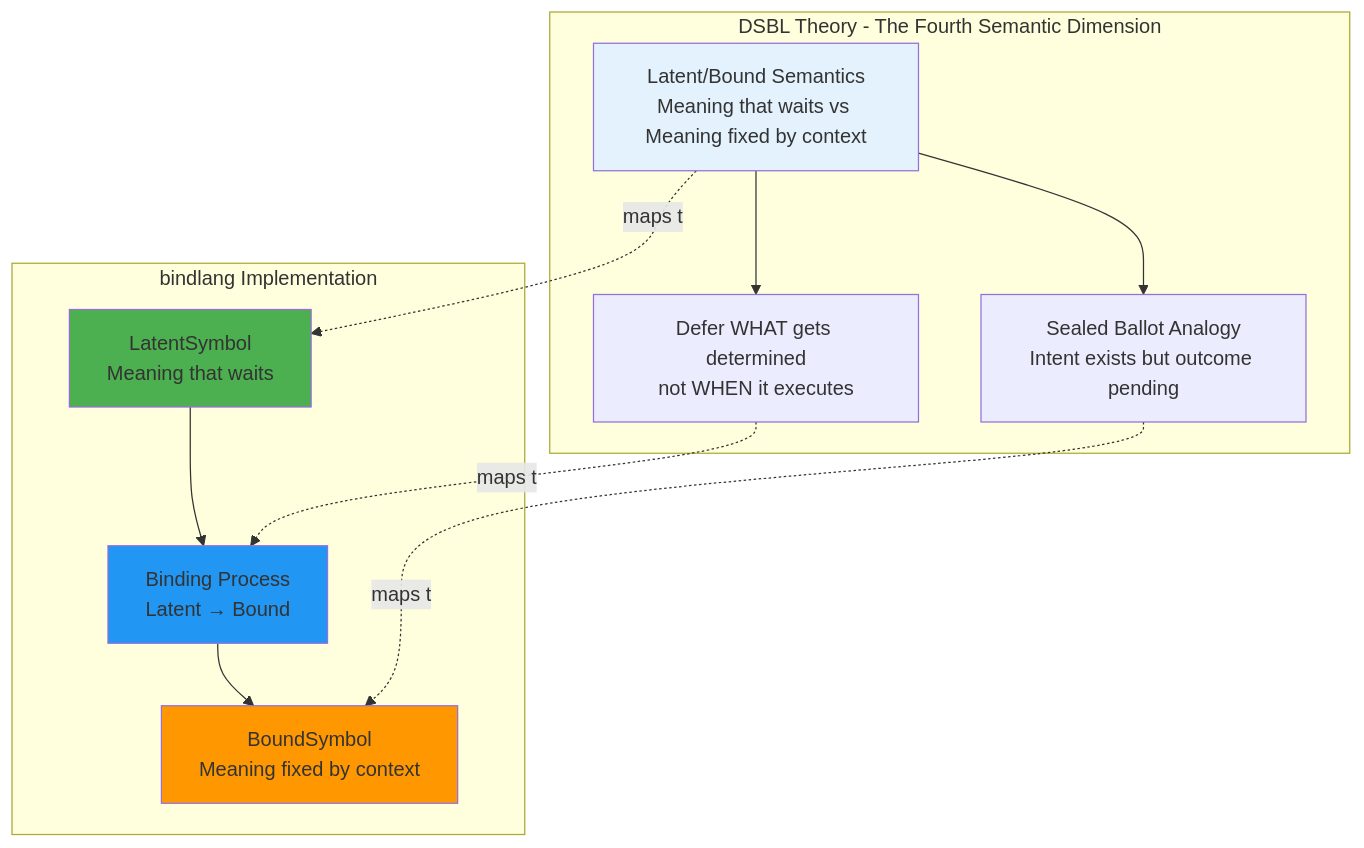
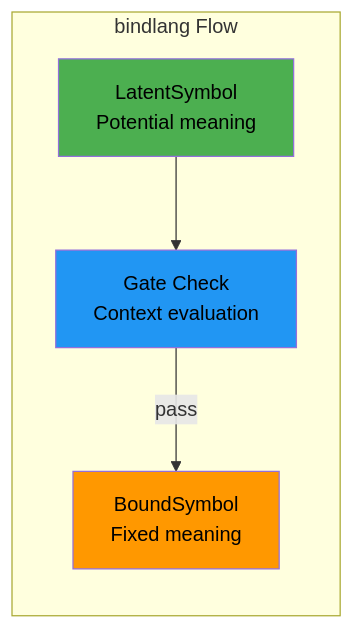
The first of 6 diagrams in docs/diagrams/core-architecture.md (bindlang/bindlang), drawn with Mermaid before and after one commit. The commit also changed other lines of this file and 7 other files, not shown here.

Commit message:
Clean up documentation and fix diagram rendering

````diff
--- a/docs/diagrams/core-architecture.md
+++ b/docs/diagrams/core-architecture.md
@@ -5,29 +7,15 @@
 ```mermaid
-graph TB
-    subgraph "DSBL Theory - The Fourth Semantic Dimension"
-        Theory[Latent/Bound Semantics<br/>Meaning that waits vs Meaning fixed by context]
-        Analogy[Sealed Ballot Analogy<br/>Intent exists but outcome pending]
-        Principle[Defer WHAT gets determined<br/>not WHEN it executes]
+graph LR
+    subgraph "bindlang Flow"
+        LS[LatentSymbol<br/>Potential meaning]
+        Gate[Gate Check<br/>Context evaluation]
+        BS[BoundSymbol<br/>Fixed meaning]
 
-        Theory --> Analogy
-        Theory --> Principle
+        LS --> Gate
+        Gate -->|pass| BS
     end
 
-    subgraph "bindlang Implementation"
-        LatentSymbol[LatentSymbol<br/>Meaning that waits]
-        BoundSymbol[BoundSymbol<br/>Meaning fixed by context]
-        Transition[Binding Process<br/>Latent → Bound]
-
-        LatentSymbol --> Transition
-        Transition --> BoundSymbol
-    end
-
-    Theory -.maps to.-> LatentSymbol
-    Principle -.maps to.-> Transition
-    Analogy -.maps to.-> BoundSymbol
-
-    style Theory fill:#E3F2FD
-    style LatentSymbol fill:#4CAF50
-    style BoundSymbol fill:#FF9800
-    style Transition fill:#2196F3
+    style LS fill:#4CAF50,color:#000
+    style Gate fill:#2196F3,color:#000
+    style BS fill:#FF9800,color:#000
 ```
````
